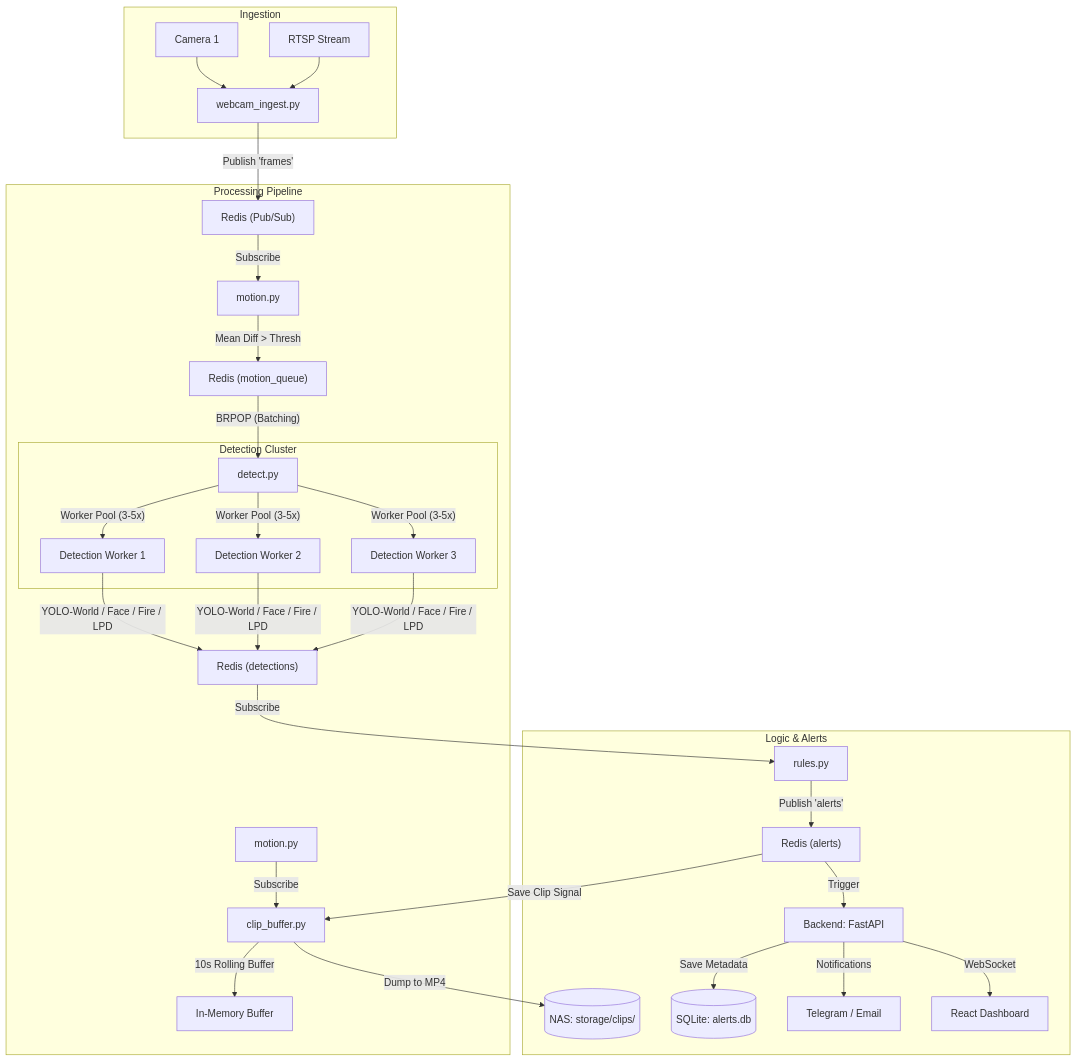
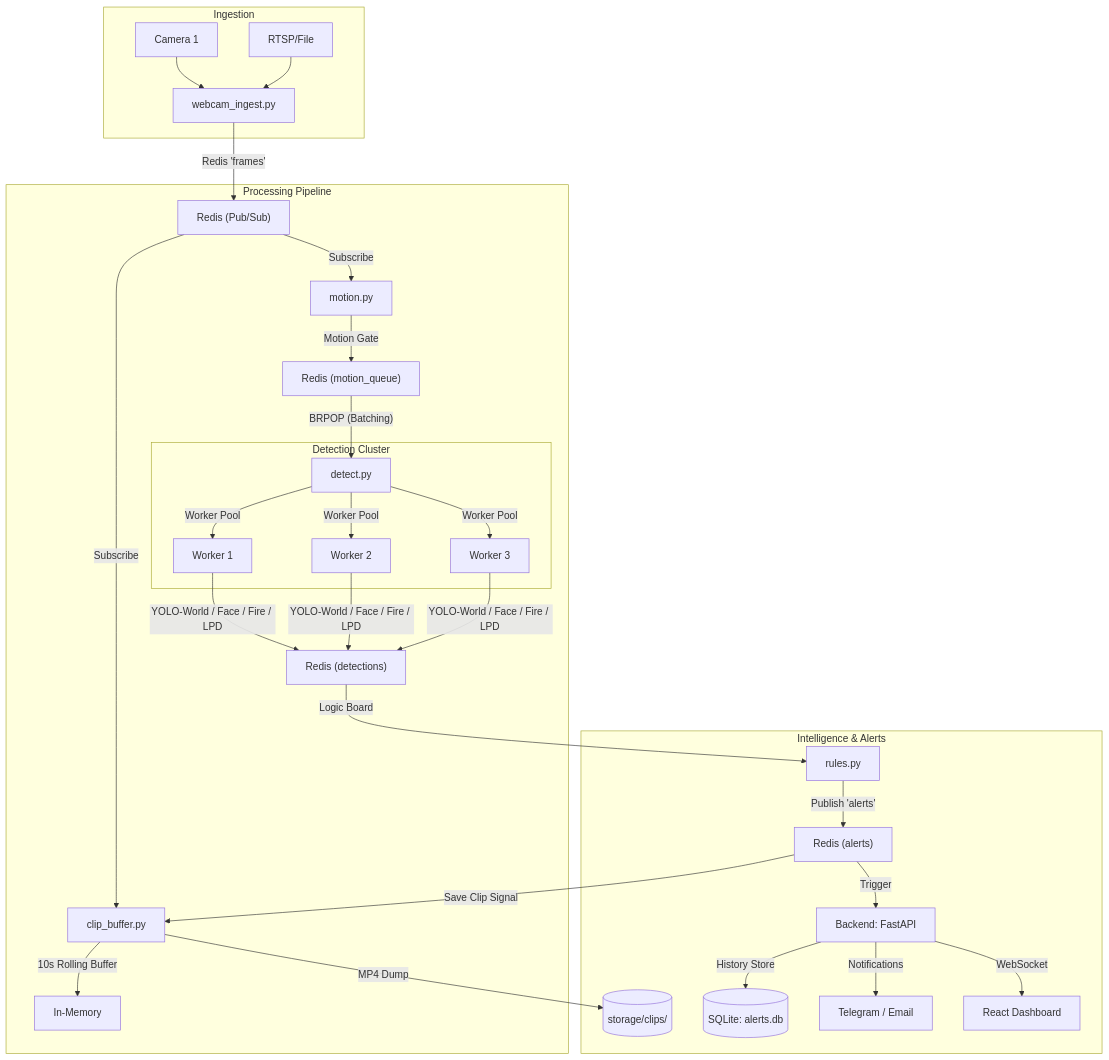
One commit to pranaya-mathur/camera changed the diagram in README.md. Above: the diagram before and after it, drawn with Mermaid. The commit also changed other lines of this file and 3 other files, not shown here.

````diff
--- a/README.md
+++ b/README.md
@@ -9,40 +22,40 @@
 ```mermaid
 graph TD
     subgraph Ingestion
         C1[Camera 1] --> WI[webcam_ingest.py]
-        C2[RTSP Stream] --> WI
+        C2[RTSP/File] --> WI
     end
 
-    WI -- "Publish 'frames'" --> R_P["Redis (Pub/Sub)"]
+    WI -- "Redis 'frames'" --> R_P["Redis (Pub/Sub)"]
     
     subgraph Processing Pipeline
         R_P -- "Subscribe" --> M[motion.py]
-        M -- "Mean Diff > Thresh" --> R_Q["Redis (motion_queue)"]
+        M -- "Motion Gate" --> R_Q["Redis (motion_queue)"]
         
-        M_SUB[motion.py] -- "Subscribe" --> CB[clip_buffer.py]
-        CB -- "10s Rolling Buffer" --> CB_M[In-Memory Buffer]
+        R_P -- "Subscribe" --> CB[clip_buffer.py]
+        CB -- "10s Rolling Buffer" --> CB_M[In-Memory]
         
         R_Q -- "BRPOP (Batching)" --> D[detect.py]
         
         subgraph Detection Cluster
-            D -- "Worker Pool (3-5x)" --> DW1[Detection Worker 1]
-            D -- "Worker Pool (3-5x)" --> DW2[Detection Worker 2]
-            D -- "Worker Pool (3-5x)" --> DW3[Detection Worker 3]
+            D -- "Worker Pool" --> DW1[Worker 1]
+            D -- "Worker Pool" --> DW2[Worker 2]
+            D -- "Worker Pool" --> DW3[Worker 3]
         end
         
         DW1 & DW2 & DW3 -- "YOLO-World / Face / Fire / LPD" --> R_D["Redis (detections)"]
     end
 
-    subgraph Logic & Alerts
-        R_D -- "Subscribe" --> RE[rules.py]
+    subgraph Intelligence & Alerts
+        R_D -- "Logic Board" --> RE[rules.py]
         RE -- "Publish 'alerts'" --> R_A["Redis (alerts)"]
         
         R_A -- "Trigger" --> BE[Backend: FastAPI]
         R_A -- "Save Clip Signal" --> CB
-        CB -- "Dump to MP4" --> NAS[(NAS: storage/clips/)]
+        CB -- "MP4 Dump" --> NAS[(storage/clips/)]
         
-        BE -- "Save Metadata" --> DB[(SQLite: alerts.db)]
+        BE -- "History Store" --> DB[(SQLite: alerts.db)]
         BE -- "Notifications" --> NM[Telegram / Email]
         BE -- "WebSocket" --> UI[React Dashboard]
     end
 ```
````
